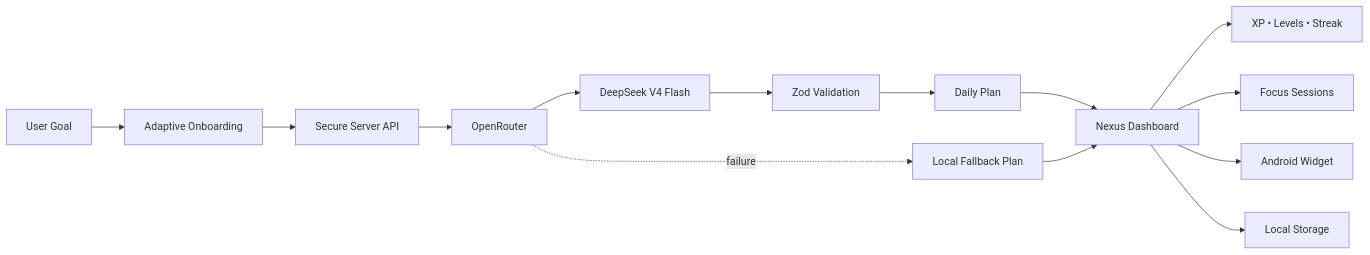
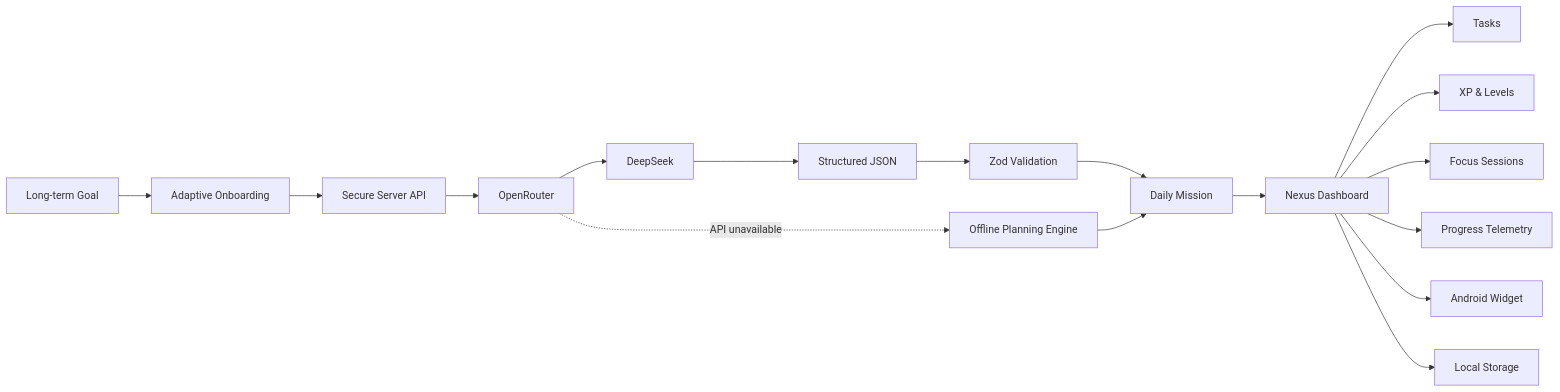
Before and after one commit to Guuh-dev/Guhh-dev: the first of 2 diagrams in README.md, drawn with Mermaid. The commit also changed other lines of this file, not shown here.

````diff
--- a/README.md
+++ b/README.md
@@ -168,16 +205,21 @@
 ```mermaid
 flowchart LR
-    U["User Goal"] --> O["Adaptive Onboarding"]
-    O --> API["Secure Server API"]
-    API --> OR["OpenRouter"]
-    OR --> DS["DeepSeek V4 Flash"]
-    DS --> Z["Zod Validation"]
-    Z --> P["Daily Plan"]
-    P --> D["Nexus Dashboard"]
-    D --> XP["XP • Levels • Streak"]
-    D --> F["Focus Sessions"]
-    D --> W["Android Widget"]
-    D --> S["Local Storage"]
-    OR -. failure .-> L["Local Fallback Plan"]
-    L --> D
+    A["Long-term Goal"] --> B["Adaptive Onboarding"]
+    B --> C["Secure Server API"]
+    C --> D["OpenRouter"]
+    D --> E["DeepSeek"]
+    E --> F["Structured JSON"]
+    F --> G["Zod Validation"]
+    G --> H["Daily Mission"]
+
+    H --> I["Nexus Dashboard"]
+    I --> J["Tasks"]
+    I --> K["XP & Levels"]
+    I --> L["Focus Sessions"]
+    I --> M["Progress Telemetry"]
+    I --> N["Android Widget"]
+    I --> O["Local Storage"]
+
+    D -. API unavailable .-> P["Offline Planning Engine"]
+    P --> H
 ```
````
